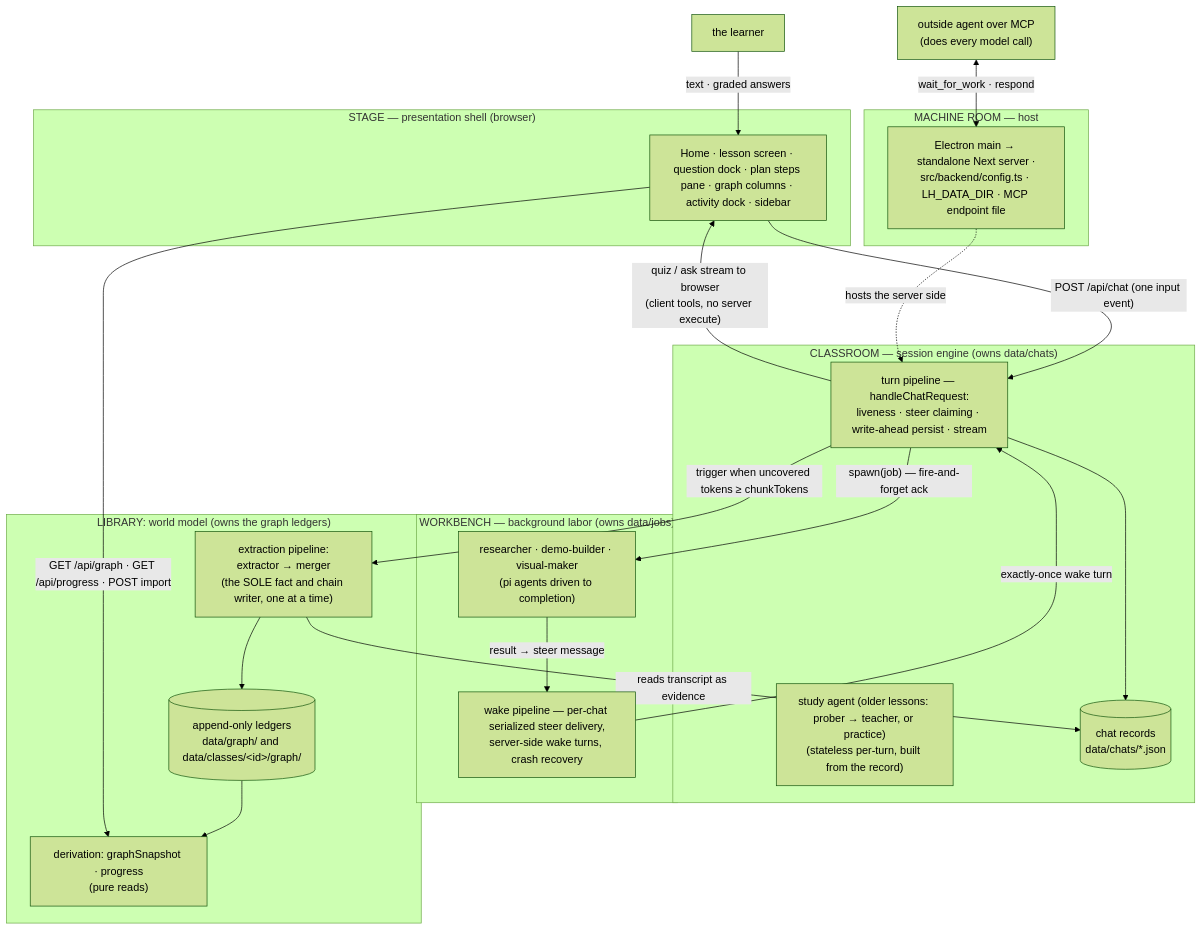
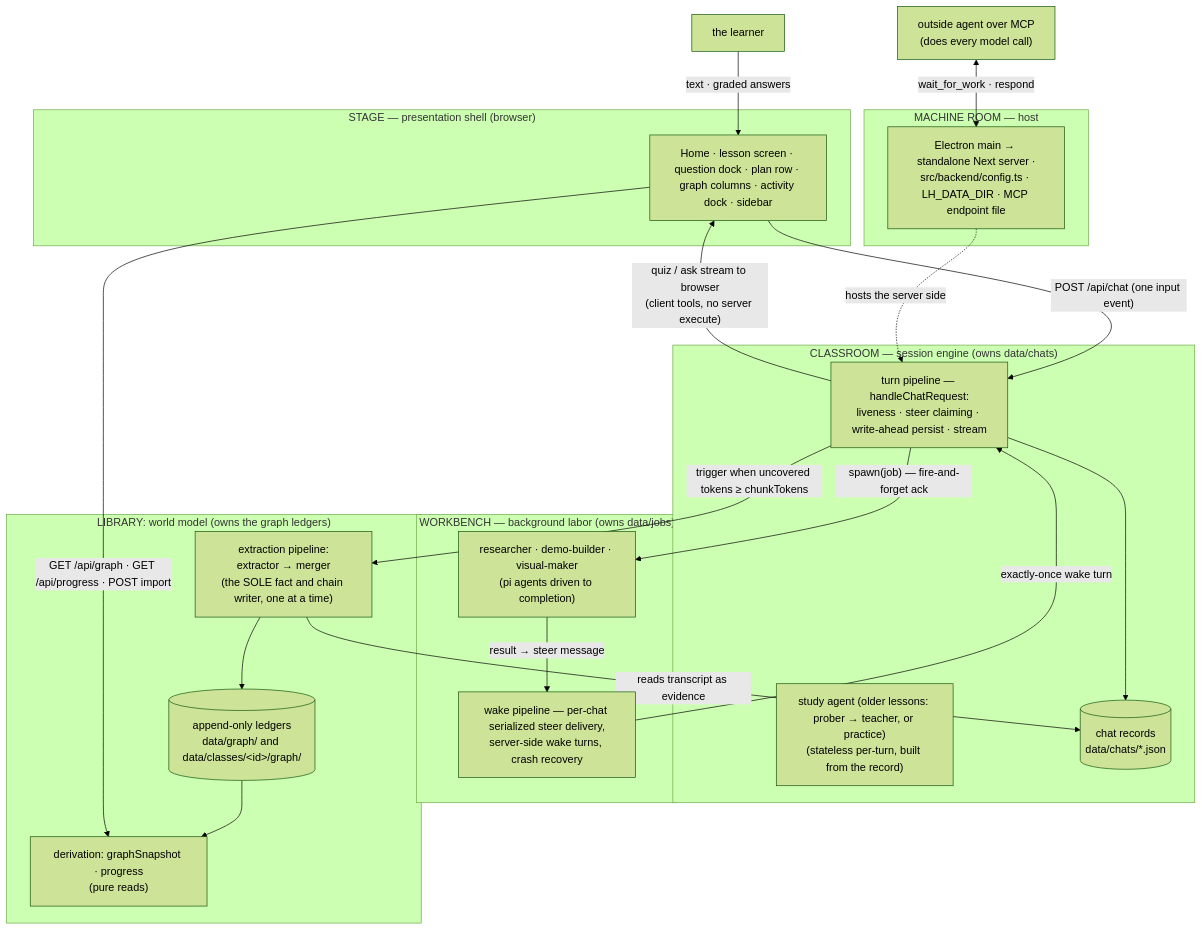
The diagram in docs/development.md (bayshores/godspeed), drawn with Mermaid (forest theme) before and after one commit. The commit also changed other lines of this file and 123 other files, not shown here.

````diff
--- a/docs/development.md
+++ b/docs/development.md
@@ -55,46 +55,46 @@
 ```mermaid
 flowchart TB
     LEARNER["the learner"]
 
     subgraph STAGE["STAGE — presentation shell (browser)"]
-        UI["Home · lesson screen · question dock · plan steps pane · graph columns · activity dock · sidebar"]
+        UI["Home · lesson screen · question dock · plan row · graph columns · activity dock · sidebar"]
     end
 
     subgraph CLASSROOM["CLASSROOM — session engine (owns data/chats)"]
         TURN["turn pipeline — handleChatRequest:<br/>liveness · steer claiming · write-ahead persist · stream"]
         AGENTS["study agent (older lessons: prober → teacher, or practice)<br/>(stateless per-turn, built from the record)"]
         CHATDATA[("chat records<br/>data/chats/*.json")]
     end
 
     subgraph WORKBENCH["WORKBENCH — background labor (owns data/jobs)"]
         SUBS["researcher · demo-builder · visual-maker<br/>(pi agents driven to completion)"]
         WAKE["wake pipeline — per-chat serialized steer delivery,<br/>server-side wake turns, crash recovery"]
     end
 
     subgraph LIBRARY["LIBRARY: world model (owns the graph ledgers)"]
         EXTRACT["extraction pipeline:<br/>extractor → merger<br/>(the SOLE fact and chain writer, one at a time)"]
         DERIVE["derivation: graphSnapshot · progress<br/>(pure reads)"]
         LEDG[("append-only ledgers<br/>data/graph/ and data/classes/&lt;id&gt;/graph/")]
     end
 
     AGENT["outside agent over MCP<br/>(does every model call)"]
 
     subgraph ROOM["MACHINE ROOM — host"]
         HOST["Electron main → standalone Next server ·<br/>src/backend/config.ts · LH_DATA_DIR · MCP endpoint file"]
     end
 
     LEARNER -->|"text · graded answers"| UI
     UI -->|"POST /api/chat (one input event)"| TURN
     TURN -->|"quiz / ask stream to browser<br/>(client tools, no server execute)"| UI
     TURN --> CHATDATA
     TURN -->|"spawn(job) — fire-and-forget ack"| SUBS
     SUBS -->|"result → steer message"| WAKE
     WAKE -->|"exactly-once wake turn"| TURN
     TURN -->|"trigger when uncovered tokens ≥ chunkTokens"| EXTRACT
     EXTRACT -->|"reads transcript as evidence"| CHATDATA
     EXTRACT --> LEDG
     LEDG --> DERIVE
     UI -->|"GET /api/graph · GET /api/progress · POST import"| DERIVE
     AGENT <-->|"wait_for_work · respond"| HOST
     HOST -.->|"hosts the server side"| TURN
 ```
````
